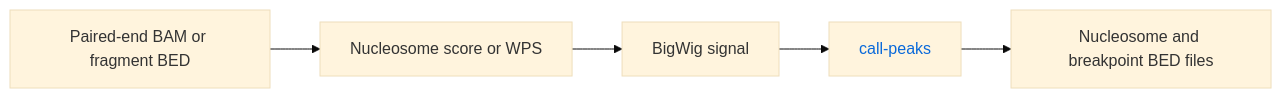
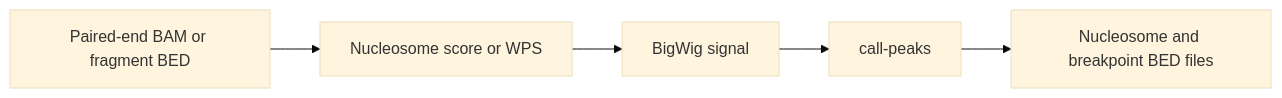
The seventh of 18 diagrams in docs/WORKFLOWS.md (adjohnston85/NucleoSuite), drawn with Mermaid (base theme) before and after one commit. The commit also changed other lines of this file and 84 other files, not shown here.

````diff
--- a/docs/WORKFLOWS.md
+++ b/docs/WORKFLOWS.md
@@ -187,11 +171,7 @@
 ```mermaid
 flowchart LR
     A[Paired-end BAM or fragment BED] --> B[Nucleosome score or WPS]
     B --> C[BigWig signal]
     C --> D[call-peaks]
     D --> E[Nucleosome and breakpoint BED files]
-
-    classDef commandLink color:#0969da,text-decoration:none;
-    class D commandLink;
-    click D href "https://github.com/adjohnston85/NucleoSuite/blob/main/docs/commands/call-peaks.md" "Open call-peaks documentation"
 ```
````
